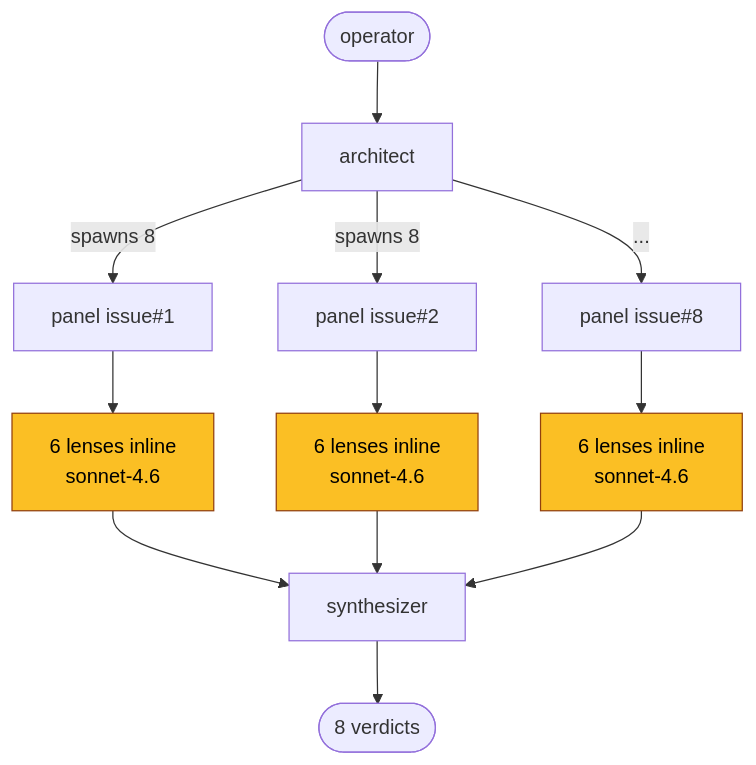
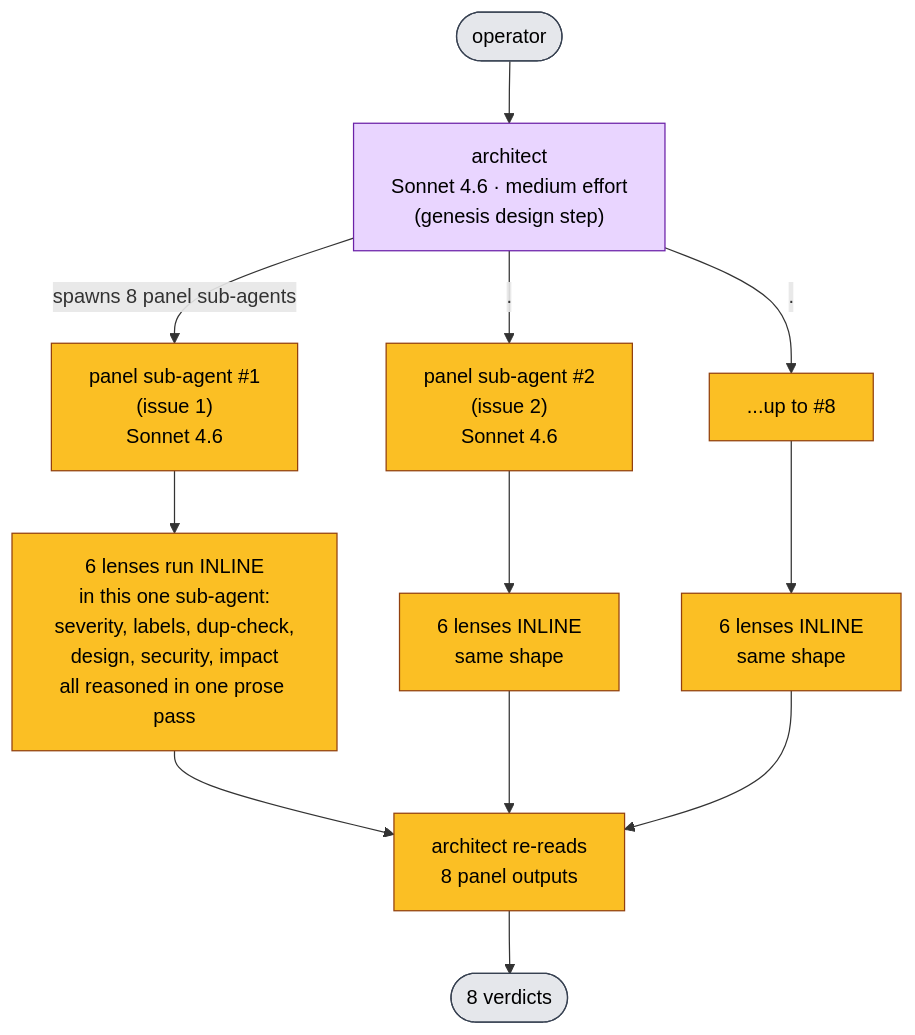
Before and after one commit to jeremiah-snee-openx/genesis: the first of 4 diagrams in dev/empirical-proof/REPORT.md, drawn with Mermaid. The commit also changed other lines of this file, not shown here.

First line of the commit message:
report: rewrite for external reader with refined architecture diagrams

````diff
--- a/dev/empirical-proof/REPORT.md
+++ b/dev/empirical-proof/REPORT.md
@@ -69,17 +117,23 @@
 ```mermaid
 flowchart TD
-    Op([operator]) --> Arch[architect]
-    Arch -->|spawns 8| P1[panel issue#1]
-    Arch -->|spawns 8| P2[panel issue#2]
-    Arch -->|...| Pn[panel issue#8]
-    P1 --> L1[6 lenses inline<br/>sonnet-4.6]
-    P2 --> L2[6 lenses inline<br/>sonnet-4.6]
-    Pn --> Ln[6 lenses inline<br/>sonnet-4.6]
-    L1 --> Synth[synthesizer]
+    Op([operator])
+    Arch["architect<br/>Sonnet 4.6 · medium effort<br/>(genesis design step)"]
+    Op --> Arch
+    Arch -->|spawns 8 panel sub-agents| P1["panel sub-agent #1<br/>(issue 1)<br/>Sonnet 4.6"]
+    Arch -->|.| P2["panel sub-agent #2<br/>(issue 2)<br/>Sonnet 4.6"]
+    Arch -->|.| Pn["...up to #8"]
+    P1 --> L1["6 lenses run INLINE<br/>in this one sub-agent:<br/>severity, labels, dup-check,<br/>design, security, impact<br/>all reasoned in one prose pass"]
+    P2 --> L2["6 lenses INLINE<br/>same shape"]
+    Pn --> Ln["6 lenses INLINE<br/>same shape"]
+    L1 --> Synth["architect re-reads<br/>8 panel outputs"]
     L2 --> Synth
     Ln --> Synth
     Synth --> Out([8 verdicts])
 
     classDef sonnet fill:#fbbf24,stroke:#92400e,color:#000
-    class L1,L2,Ln sonnet
+    classDef arch fill:#e9d5ff,stroke:#6b21a8,color:#000
+    classDef out fill:#e5e7eb,stroke:#374151,color:#000
+    class Arch arch
+    class P1,P2,Pn,L1,L2,Ln,Synth sonnet
+    class Op,Out out
 ```
````
